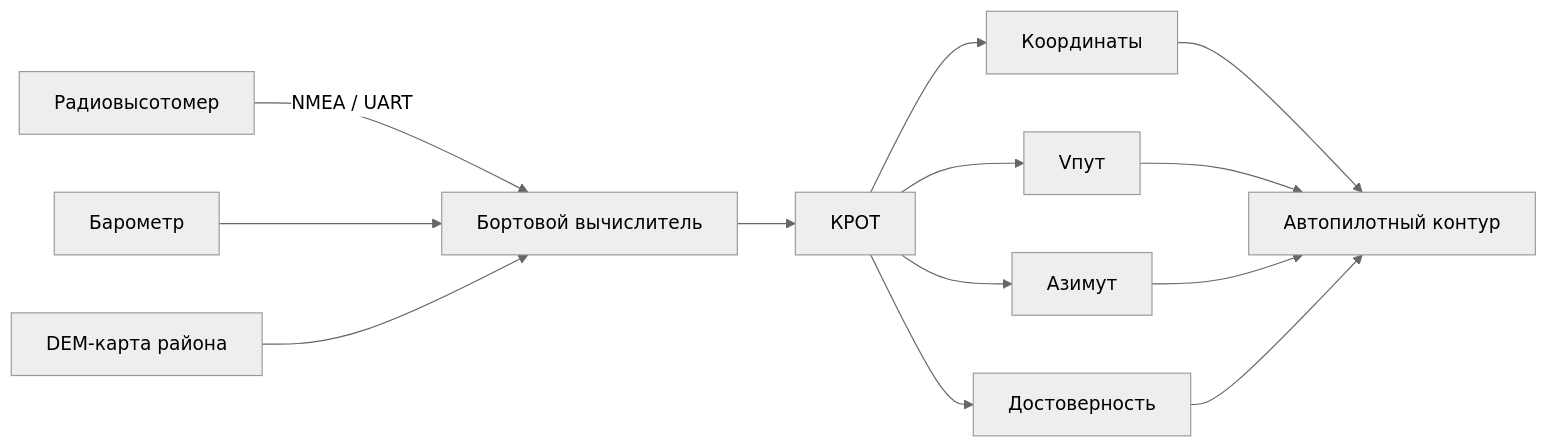
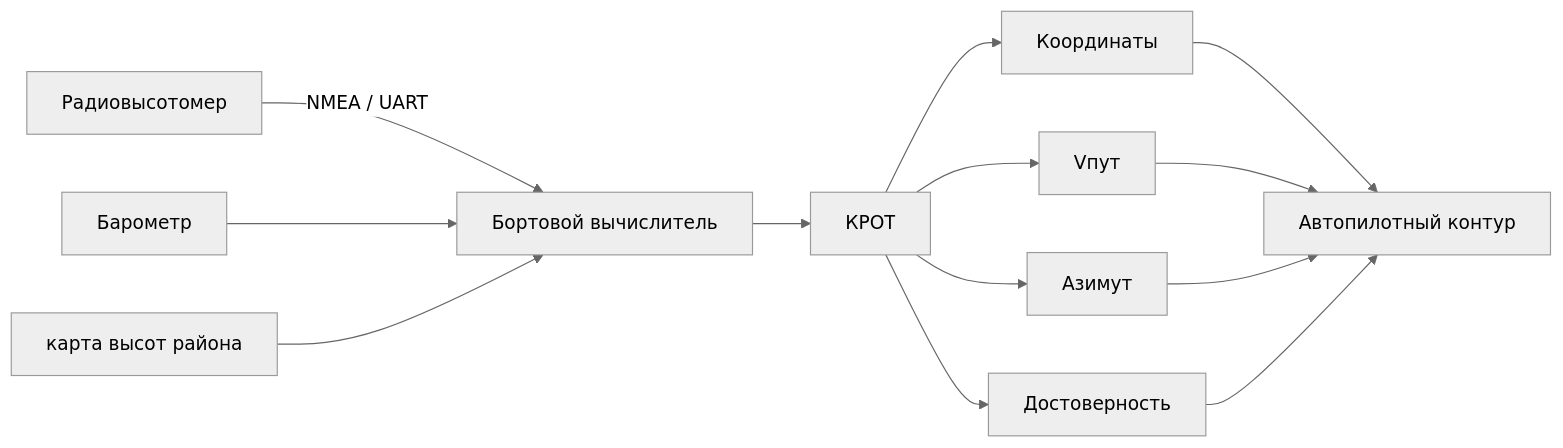
One commit to rub1kub/where-are-we-barista changed the third of 3 diagrams in README.md. Above: the diagram before and after it, drawn with Mermaid (neutral theme). The commit also changed other lines of this file and 8 other files, not shown here.

````diff
--- a/README.md
+++ b/README.md
@@ -183,15 +199,15 @@
 ```mermaid
 flowchart LR
     A["Радиовысотомер"] -->|NMEA / UART| B["Бортовой вычислитель"]
     C["Барометр"] --> B
-    D["DEM-карта района"] --> B
+    D["карта высот района"] --> B
     B --> E["КРОТ"]
     E --> F["Координаты"]
     E --> G["Vпут"]
     E --> H["Азимут"]
     E --> I["Достоверность"]
     F --> J["Автопилотный контур"]
     G --> J
     H --> J
     I --> J
 ```
````
